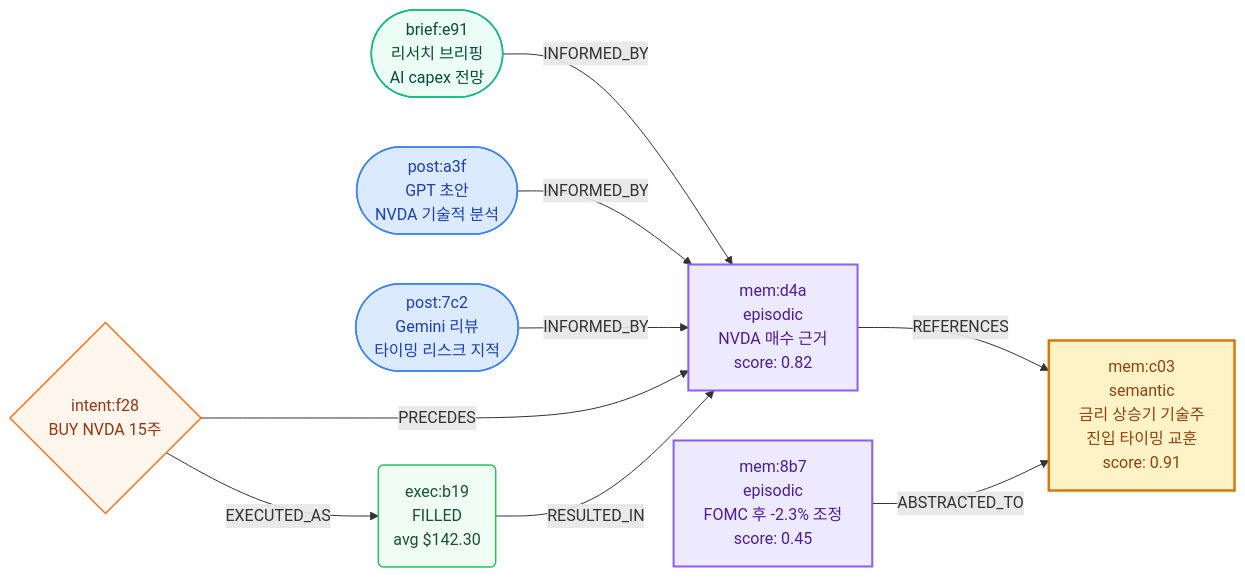
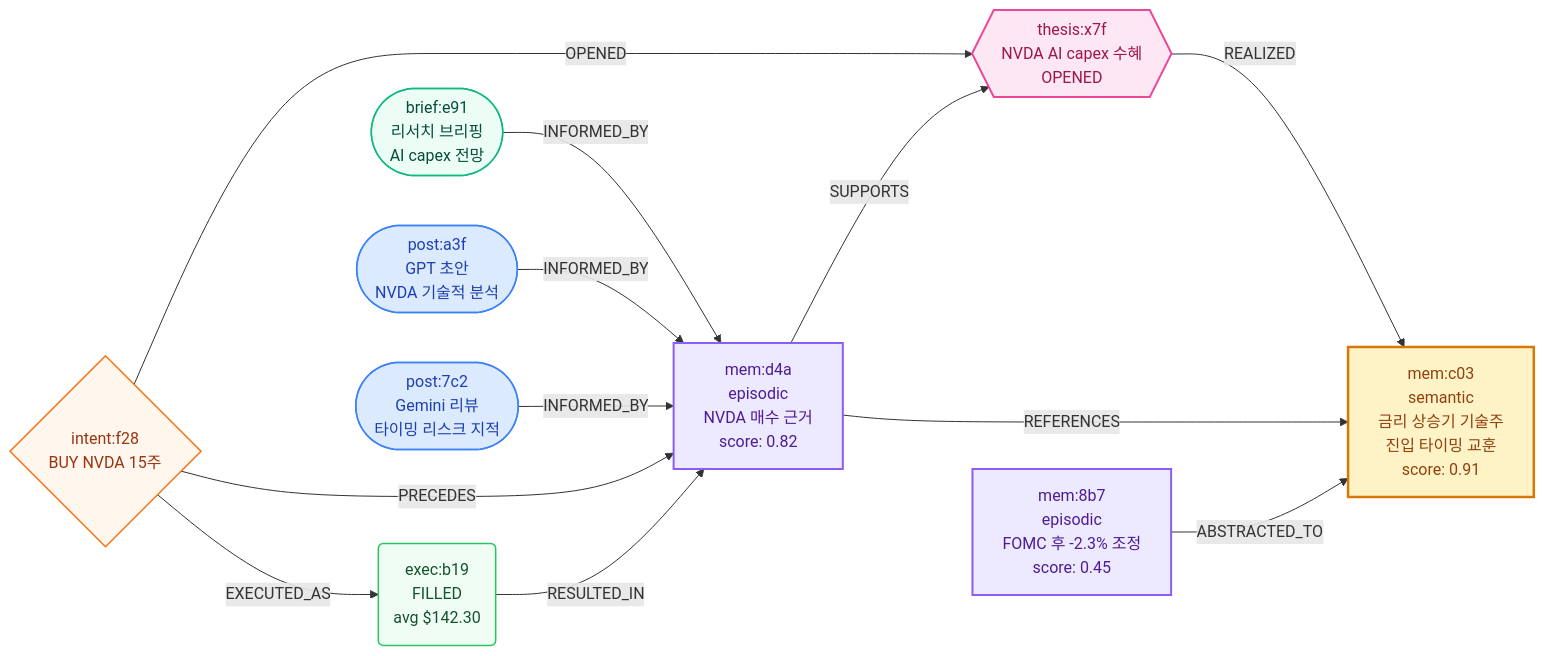
Before and after one commit to midnightnnn/llm_invest: the third of 3 diagrams in README.md, drawn with Mermaid. The commit also changed other lines of this file, not shown here.

````diff
--- a/README.md
+++ b/README.md
@@ -345,40 +374,49 @@
 ```mermaid
 graph LR
     %% ─── Cycle 42: GPT가 NVDA를 분석하고 매수 ───
     B1(["post:a3f\nGPT 초안\nNVDA 기술적 분석"])
     B2(["post:7c2\nGemini 리뷰\n타이밍 리스크 지적"])
     R1(["brief:e91\n리서치 브리핑\nAI capex 전망"])
 
     M1["mem:d4a\nepisodic\nNVDA 매수 근거\nscore: 0.82"]
     I1{"intent:f28\nBUY NVDA 15주"}
     E1("exec:b19\nFILLED\navg $142.30")
 
     R1 -->|INFORMED_BY| M1
     B1 -->|INFORMED_BY| M1
     B2 -->|INFORMED_BY| M1
     I1 -->|PRECEDES| M1
     E1 -->|RESULTED_IN| M1
     I1 -->|EXECUTED_AS| E1
 
+    %% ─── Thesis: 매수 근거를 추적하는 투자 논제 ───
+    T1{{"thesis:x7f\nNVDA AI capex 수혜\nOPENED"}}
+
+    I1 -->|OPENED| T1
+    M1 -->|SUPPORTS| T1
+
     %% ─── Cycle 55: 압축 → semantic 교훈 ───
     M2["mem:8b7\nepisodic\nFOMC 후 -2.3% 조정\nscore: 0.45"]
     M3["mem:c03\nsemantic\n금리 상승기 기술주\n진입 타이밍 교훈\nscore: 0.91"]
 
+    T1 -->|REALIZED| M3
     M1 -->|REFERENCES| M3
     M2 -->|ABSTRACTED_TO| M3
 
     %% ─── Styles ───
     classDef post fill:#dbeafe,stroke:#3b82f6,stroke-width:1.5px,color:#1e40af
     classDef brief fill:#ecfdf5,stroke:#10b981,stroke-width:1.5px,color:#064e3b
     classDef mem fill:#ede9fe,stroke:#8b5cf6,stroke-width:2px,color:#4c1d95
     classDef semantic fill:#fef3c7,stroke:#d97706,stroke-width:2.5px,color:#92400e
     classDef intent fill:#fff7ed,stroke:#f97316,stroke-width:1.5px,color:#9a3412
     classDef exec fill:#f0fdf4,stroke:#22c55e,stroke-width:1.5px,color:#14532d
+    classDef thesis fill:#fce7f3,stroke:#ec4899,stroke-width:2px,color:#9d174d
 
     class B1,B2 post
     class R1 brief
     class M1,M2 mem
     class M3 semantic
     class I1 intent
     class E1 exec
+    class T1 thesis
 ```
````
